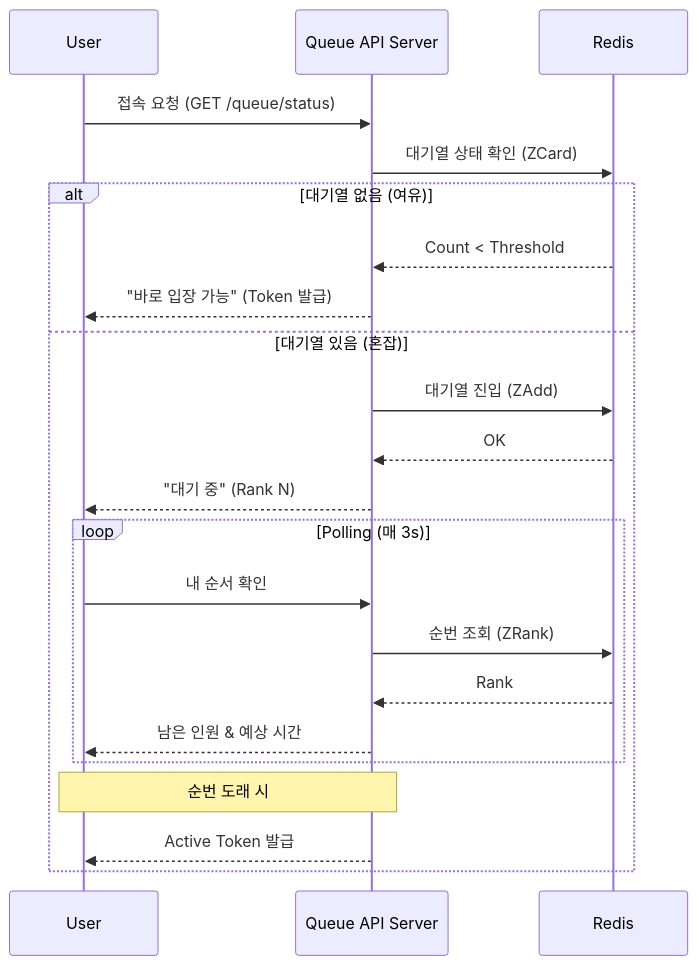
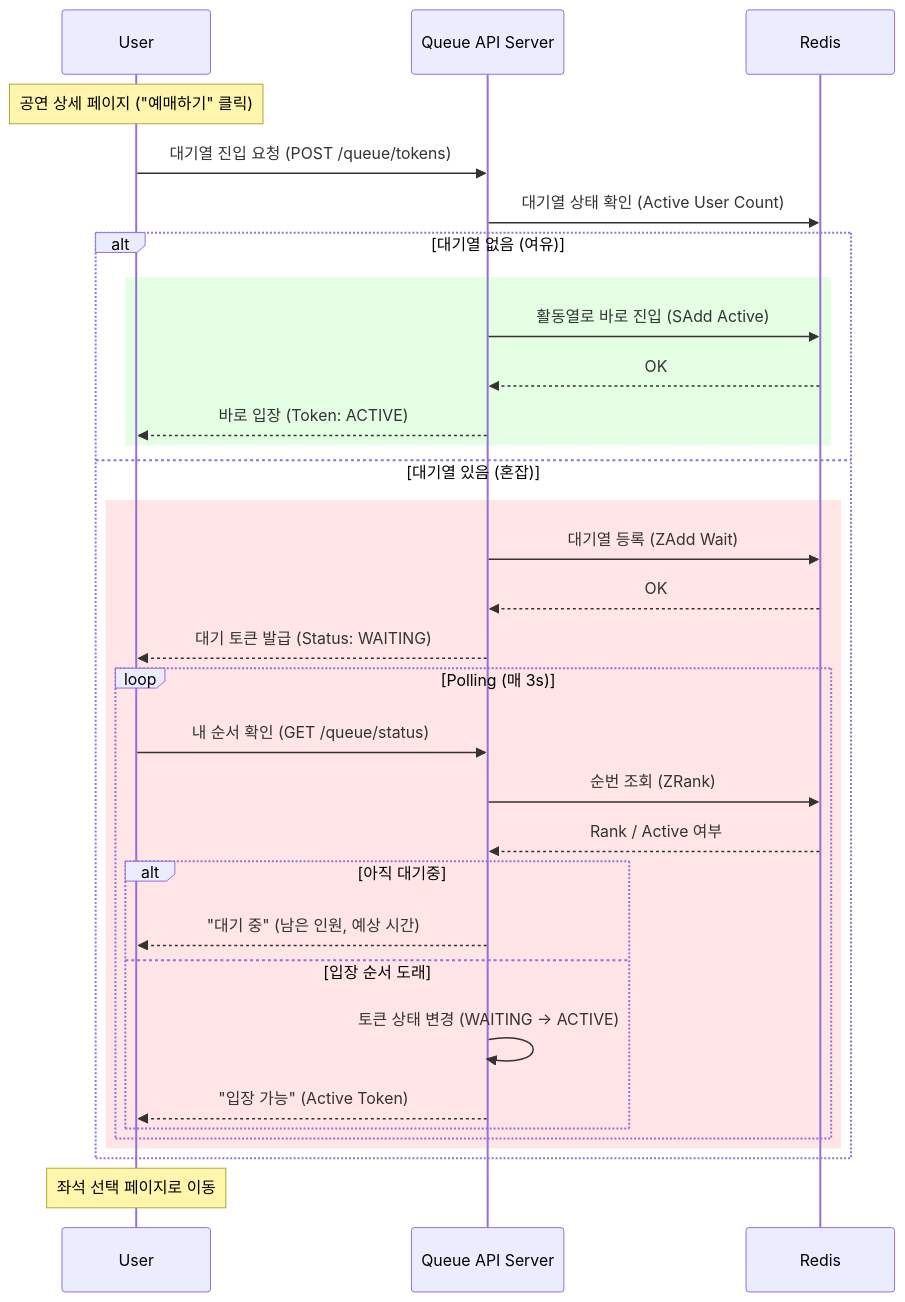
Before and after one commit to diovpl248/concert-ticketing-service: the second of 5 diagrams in docs/requirements/02-architecture.md, drawn with Mermaid. The commit also changed other lines of this file and 4 other files, not shown here.

````diff
--- a/docs/requirements/02-architecture.md
+++ b/docs/requirements/02-architecture.md
@@ -34,28 +42,39 @@
 ```mermaid
 sequenceDiagram
     participant U as User
     participant Q as Queue API Server
     participant R as Redis
 
-    U->>Q: 접속 요청 (GET /queue/status)
-    Q->>R: 대기열 상태 확인 (ZCard)
+    Note over U: 공연 상세 페이지 ("예매하기" 클릭)
+    U->>Q: 대기열 진입 요청 (POST /queue/tokens)
+    Q->>R: 대기열 상태 확인 (Active User Count)
     
     alt 대기열 없음 (여유)
-        R-->>Q: Count < Threshold
-        Q-->>U: "바로 입장 가능" (Token 발급)
+        rect rgba(0, 255, 0, 0.1)
+            Q->>R: 활동열로 바로 진입 (SAdd Active)
+            R-->>Q: OK
+            Q-->>U: 바로 입장 (Token: ACTIVE)
+        end
     else 대기열 있음 (혼잡)
-        Q->>R: 대기열 진입 (ZAdd)
-        R-->>Q: OK
-        Q-->>U: "대기 중" (Rank N)
-        
-        loop Polling (매 3s)
-            U->>Q: 내 순서 확인
-            Q->>R: 순번 조회 (ZRank)
-            R-->>Q: Rank
-            Q-->>U: 남은 인원 & 예상 시간
+        rect rgba(255, 0, 0, 0.1)
+            Q->>R: 대기열 등록 (ZAdd Wait)
+            R-->>Q: OK
+            Q-->>U: 대기 토큰 발급 (Status: WAITING)
+
+            loop Polling (매 3s)
+                U->>Q: 내 순서 확인 (GET /queue/status)
+                Q->>R: 순번 조회 (ZRank)
+                R-->>Q: Rank / Active 여부
+                
+                alt 아직 대기중
+                    Q-->>U: "대기 중" (남은 인원, 예상 시간)
+                else 입장 순서 도래
+                    Q->>Q: 토큰 상태 변경 (WAITING -> ACTIVE)
+                    Q-->>U: "입장 가능" (Active Token)
+                end
+            end
         end
-        
-        Note over U, Q: 순번 도래 시
-        Q-->>U: Active Token 발급
     end
+    
+    Note over U: 좌석 선택 페이지로 이동
 ```
````
